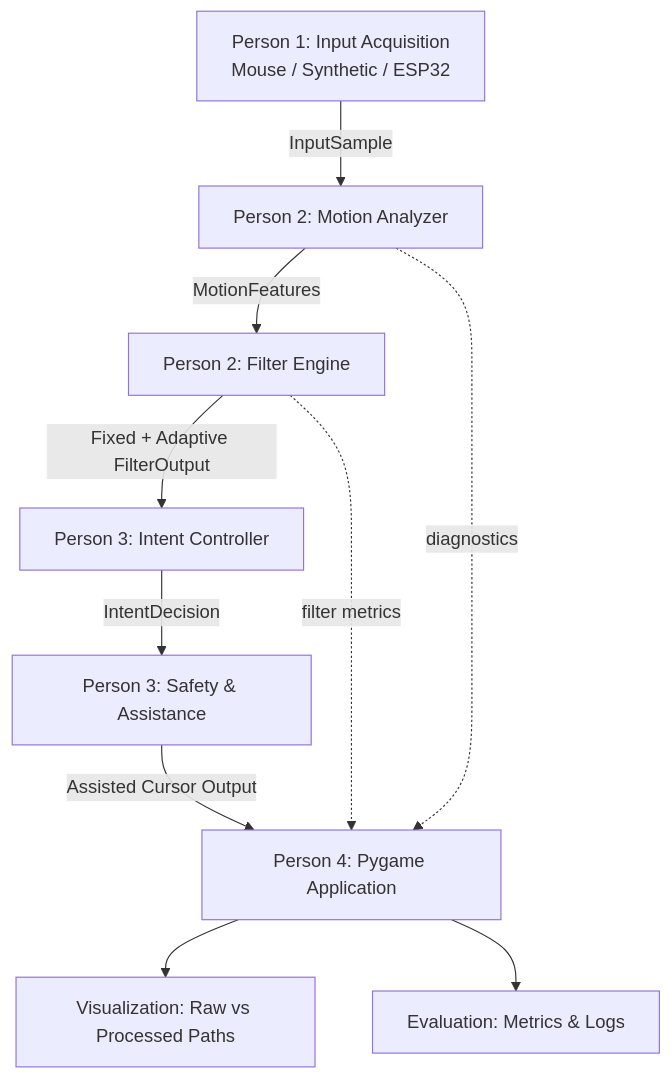
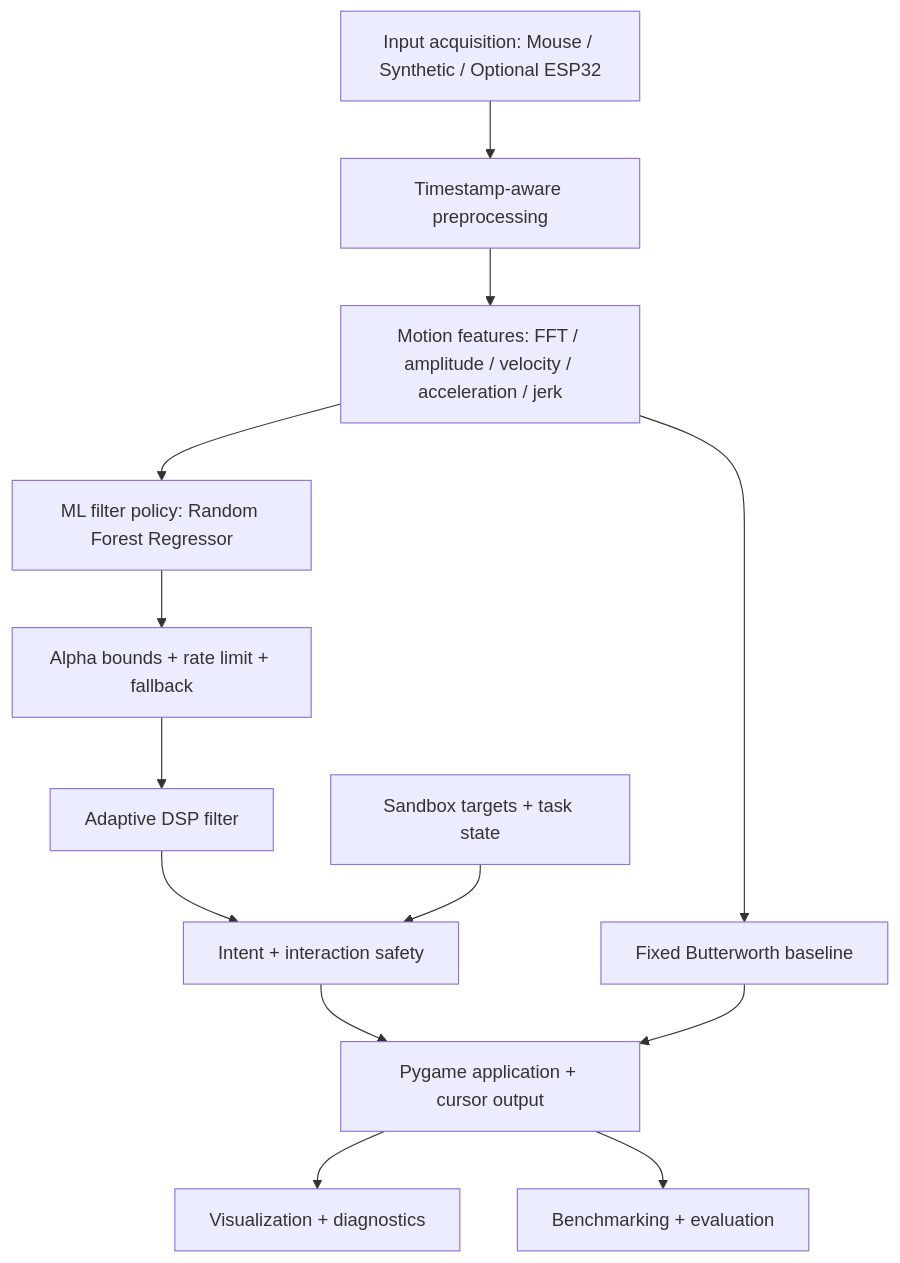
One commit to AshrithPuppala/IntentGlide changed the diagram in README.md. Above: the diagram before and after it, drawn with Mermaid. The commit also changed other lines of this file and 23 other files, not shown here.

Commit message:
Update IntentGlide ML DSP architecture and team structure

````diff
--- a/README.md
+++ b/README.md
@@ -183,12 +68,15 @@
 ```mermaid
 flowchart TD
-    A[Person 1: Input Acquisition\nMouse / Synthetic / ESP32] -->|InputSample| B[Person 2: Motion Analyzer]
-    B -->|MotionFeatures| C[Person 2: Filter Engine]
-    C -->|Fixed + Adaptive FilterOutput| D[Person 3: Intent Controller]
-    D -->|IntentDecision| E[Person 3: Safety & Assistance]
-    E -->|Assisted Cursor Output| F[Person 4: Pygame Application]
-    F --> G[Visualization: Raw vs Processed Paths]
-    F --> H[Evaluation: Metrics & Logs]
-    B -. diagnostics .-> F
-    C -. filter metrics .-> F
+    A[Input acquisition: Mouse / Synthetic / Optional ESP32] --> B[Timestamp-aware preprocessing]
+    B --> C[Motion features: FFT / amplitude / velocity / acceleration / jerk]
+    C --> D[ML filter policy: Random Forest Regressor]
+    D --> E[Alpha bounds + rate limit + fallback]
+    E --> F[Adaptive DSP filter]
+    C --> G[Fixed Butterworth baseline]
+    F --> H[Intent + interaction safety]
+    I[Sandbox targets + task state] --> H
+    H --> J[Pygame application + cursor output]
+    G --> J
+    J --> K[Visualization + diagnostics]
+    J --> L[Benchmarking + evaluation]
 ```
````
